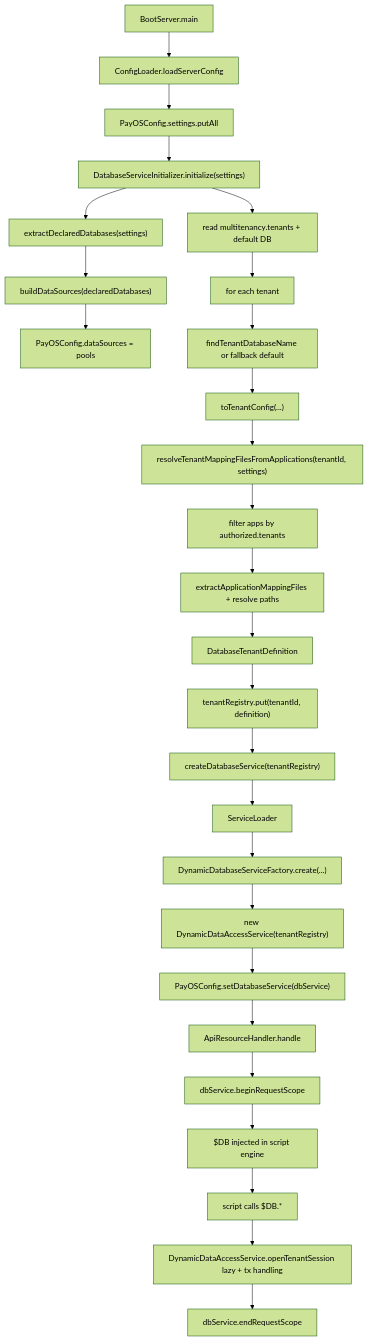
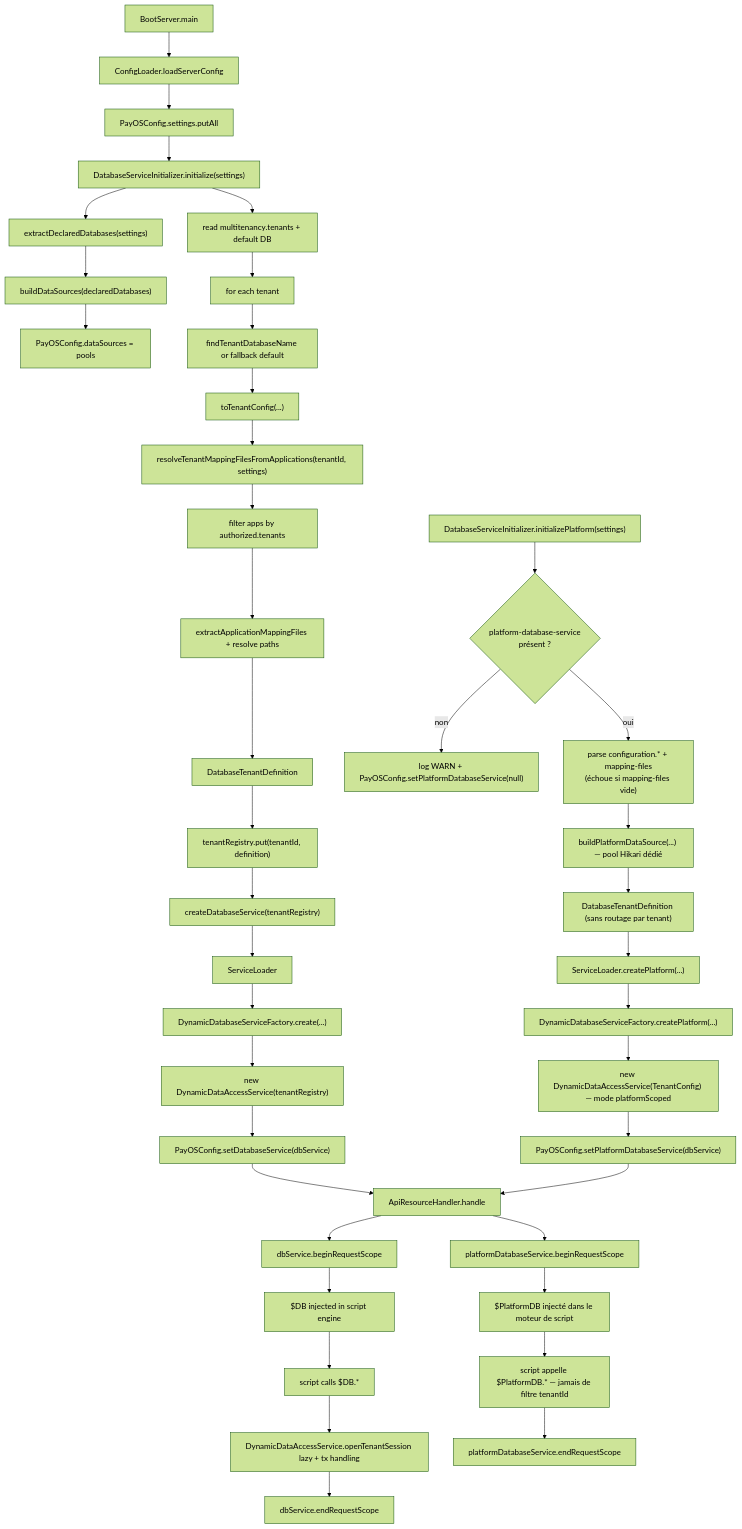
The diagram in architecture/database-initialization-process.md (asebban/payos-docs), drawn with Mermaid (forest theme) before and after one commit. The commit also changed other lines of this file and 9 other files, not shown here.

First line of the commit message:
docs(database): document platform-scoped database support

````diff
--- a/architecture/database-initialization-process.md
+++ b/architecture/database-initialization-process.md
@@ -5,34 +5,50 @@
 ```mermaid
 flowchart TD
     A[BootServer.main] --> B[ConfigLoader.loadServerConfig]
     B --> C[PayOSConfig.settings.putAll]
     C --> D["DatabaseServiceInitializer.initialize(settings)"]
 
     D --> E["extractDeclaredDatabases(settings)"]
     E --> F["buildDataSources(declaredDatabases)"]
     F --> G[PayOSConfig.dataSources = pools]
 
     D --> H[read multitenancy.tenants + default DB]
     H --> I[for each tenant]
     I --> J[findTenantDatabaseName or fallback default]
     J --> K["toTenantConfig(...)"]
 
     K --> L["resolveTenantMappingFilesFromApplications(tenantId, settings)"]
     L --> M[filter apps by authorized.tenants]
     M --> N[extractApplicationMappingFiles + resolve paths]
     N --> O[DatabaseTenantDefinition]
 
     O --> P["tenantRegistry.put(tenantId, definition)"]
     P --> Q["createDatabaseService(tenantRegistry)"]
     Q --> R[ServiceLoader<IDatabaseServiceFactory>]
     R --> S["DynamicDatabaseServiceFactory.create(...)"]
     S --> T["new DynamicDataAccessService(tenantRegistry)"]
     T --> U["PayOSConfig.setDatabaseService(dbService)"]
 
     U --> V[ApiResourceHandler.handle]
     V --> W[dbService.beginRequestScope]
     W --> X[$DB injected in script engine]
     X --> Y[script calls $DB.*]
     Y --> Z[DynamicDataAccessService.openTenantSession lazy + tx handling]
     Z --> AA[dbService.endRequestScope]
+
+    AB["DatabaseServiceInitializer.initializePlatform(settings)"] --> AC{"platform-database-service\nprésent ?"}
+    AC -->|non| AD["log WARN + PayOSConfig.setPlatformDatabaseService(null)"]
+    AC -->|oui| AE["parse configuration.* + mapping-files\n(échoue si mapping-files vide)"]
+    AE --> AF["buildPlatformDataSource(...) — pool Hikari dédié"]
+    AF --> AG["DatabaseTenantDefinition (sans routage par tenant)"]
+    AG --> AH["ServiceLoader<IDatabaseServiceFactory>.createPlatform(...)"]
+    AH --> AI["DynamicDatabaseServiceFactory.createPlatform(...)"]
+    AI --> AJ["new DynamicDataAccessService(TenantConfig) — mode platformScoped"]
+    AJ --> AK["PayOSConfig.setPlatformDatabaseService(dbService)"]
+
+    AK --> V
+    V --> AL[platformDatabaseService.beginRequestScope]
+    AL --> AM["$PlatformDB injecté dans le moteur de script"]
+    AM --> AN["script appelle $PlatformDB.* — jamais de filtre tenantId"]
+    AN --> AO[platformDatabaseService.endRequestScope]
 ```
````
